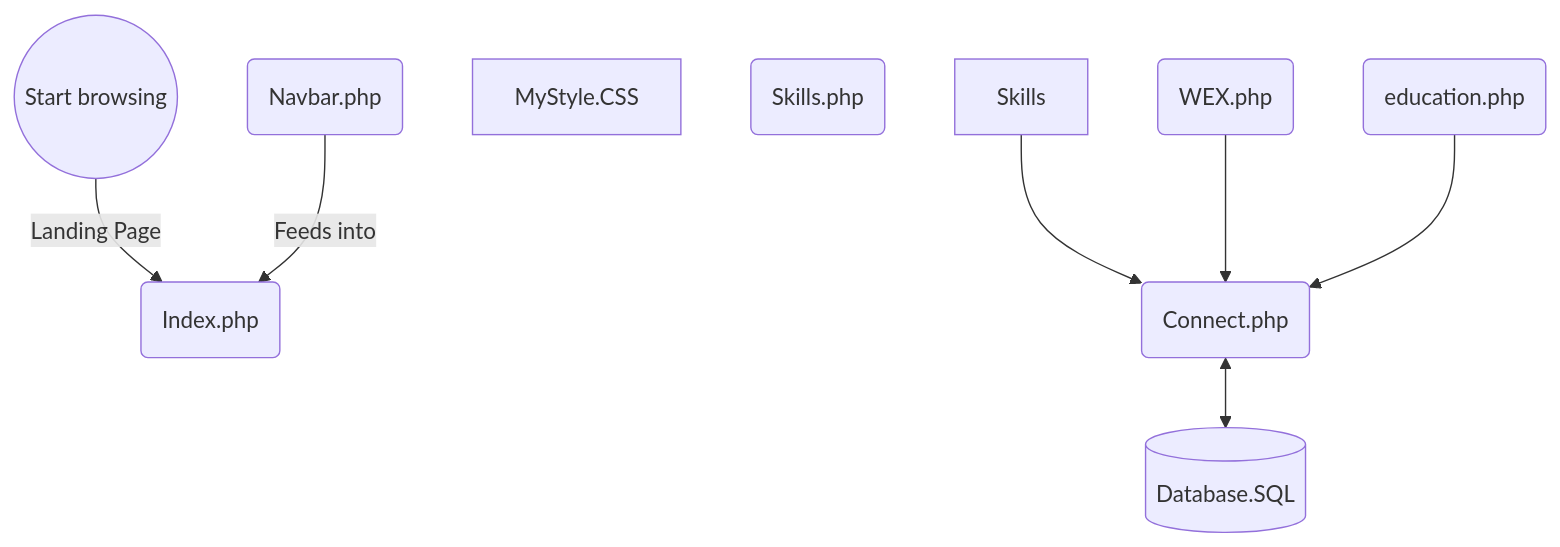
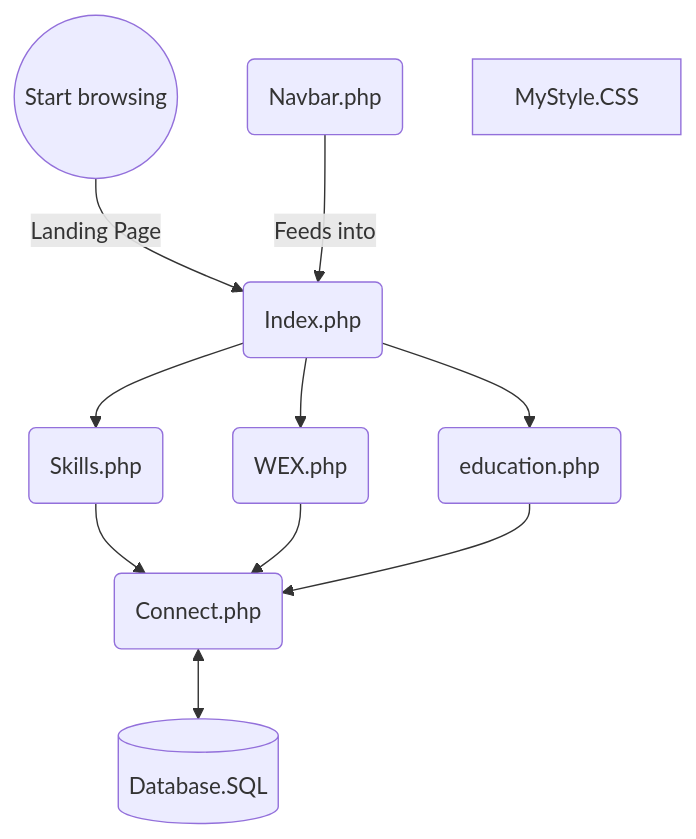
One commit to NeilParkerBSDC/Online-CV-Template changed the diagram in README.md. Above: the diagram before and after it, drawn with Mermaid.

````diff
--- a/README.md
+++ b/README.md
@@ -45,22 +45,25 @@
 ```mermaid
 graph TD
 start((Start browsing))
 index(Index.php)
 navbar(Navbar.php)
 MyStyle[MyStyle.CSS]
 database[(Database.SQL)]
 connect(Connect.php)
 skills(Skills.php)
 WEX(WEX.php)
 education(education.php)
 
 start--> | Landing Page | index
 navbar --> | Feeds into | index
-Skills --> connect
+index --> skills
+index --> WEX
+index --> education
+skills --> connect
 WEX --> connect
 education --> connect
 connect  <--> database
 
 
 
 ```
````
